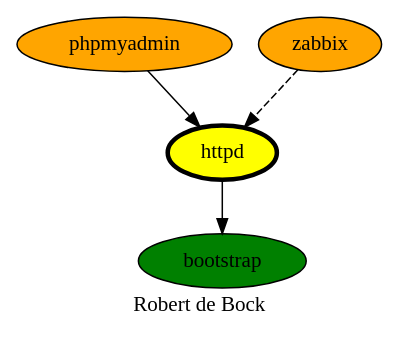
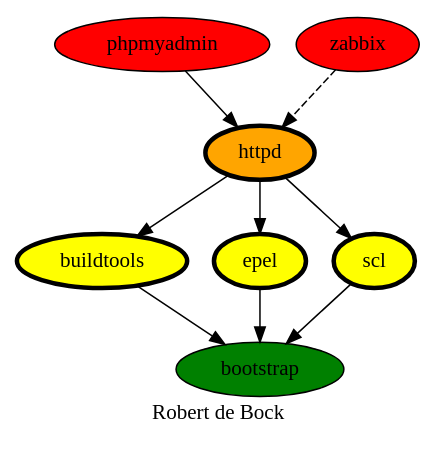
One commit to robertdebock/robertdebock.github.io changed the diagram in httpd.dot. Above: the diagram before and after it, drawn with Graphviz.

Commit message:
Update httpd.dot
Updating dependencies.

```diff
--- a/httpd.dot
+++ b/httpd.dot
@@ -1,13 +1,17 @@
 digraph PhiloDilemma {
   label = "Robert de Bock" ;
   overlap=false
   {
     bootstrap [fillcolor=green style=filled]
-    httpd [fillcolor=yellow style=filled penwidth=3]
-    phpmyadmin [fillcolor=orange style=filled]
-    zabbix [fillcolor=orange style=filled]
+    buildtools [fillcolor=yellow style=filled penwidth=3]
+    epel [fillcolor=yellow style=filled penwidth=3]
+    scl [fillcolor=yellow style=filled penwidth=3]
+    httpd [fillcolor=orange style=filled penwidth=3]
+    phpmyadmin [fillcolor=red style=filled]
+    zabbix [fillcolor=red style=filled]
   }
-  httpd -> bootstrap
+  {buildtools epel scl} -> bootstrap
+  httpd -> {buildtools epel scl}
   phpmyadmin -> httpd
   zabbix -> httpd [style=dashed]
 }
```
